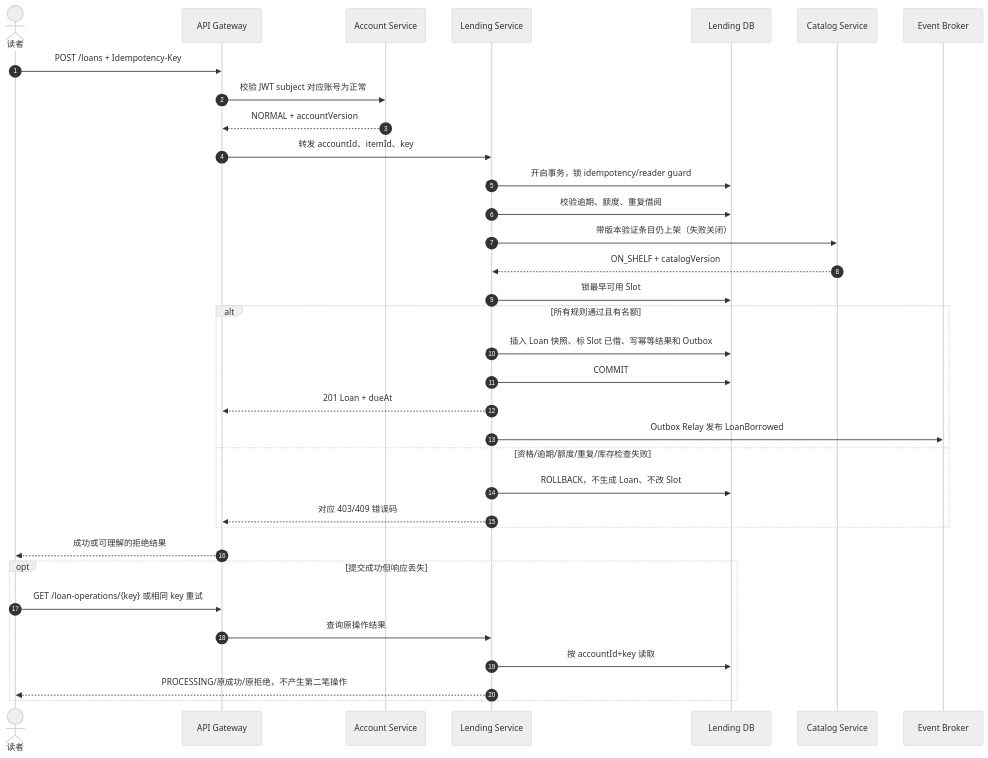
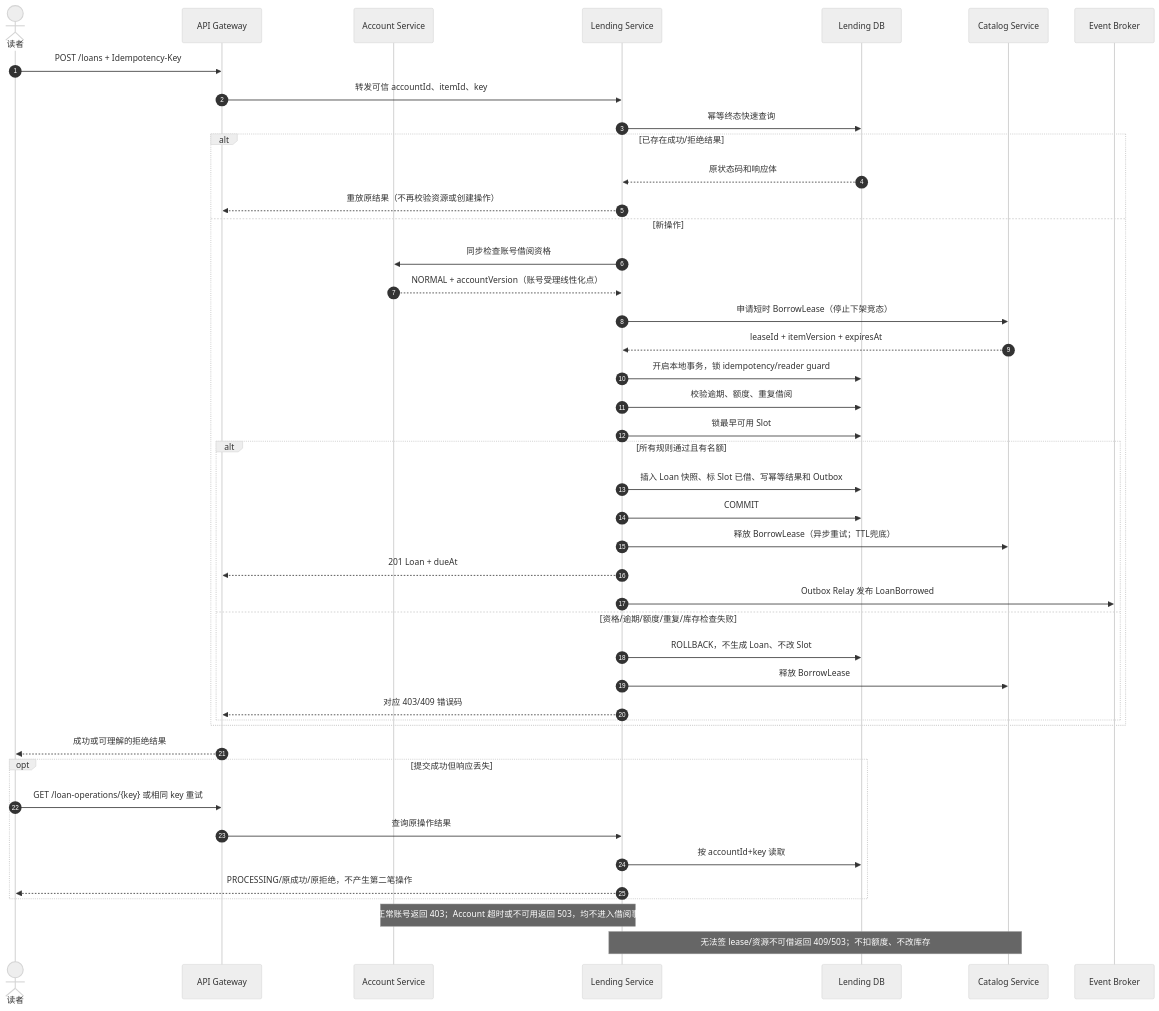
One commit to Freejourney/library-service changed the fifth of 11 diagrams in backend-technical-spec.md. Above: the diagram before and after it, drawn with Mermaid (neutral theme). The commit also changed other lines of this file, not shown here.

````diff
--- a/backend-technical-spec.md
+++ b/backend-technical-spec.md
@@ -180,36 +240,46 @@
 ```mermaid
 sequenceDiagram
   autonumber
   actor R as 读者
   participant GW as API Gateway
   participant A as Account Service
   participant L as Lending Service
   participant DB as Lending DB
   participant C as Catalog Service
   participant K as Event Broker
   R->>GW: POST /loans + Idempotency-Key
-  GW->>A: 校验 JWT subject 对应账号为正常
-  A-->>GW: NORMAL + accountVersion
-  GW->>L: 转发 accountId、itemId、key
-  L->>DB: 开启事务，锁 idempotency/reader guard
+  GW->>L: 转发可信 accountId、itemId、key
+  L->>DB: 幂等终态快速查询
+  alt 已存在成功/拒绝结果
+    DB-->>L: 原状态码和响应体
+    L-->>GW: 重放原结果（不再校验资源或创建操作）
+  else 新操作
+  L->>A: 同步检查账号借阅资格
+  A-->>L: NORMAL + accountVersion（账号受理线性化点）
+  L->>C: 申请短时 BorrowLease（停止下架竞态）
+  C-->>L: leaseId + itemVersion + expiresAt
+  L->>DB: 开启本地事务，锁 idempotency/reader guard
   L->>DB: 校验逾期、额度、重复借阅
-  L->>C: 带版本验证条目仍上架（失败关闭）
-  C-->>L: ON_SHELF + catalogVersion
   L->>DB: 锁最早可用 Slot
   alt 所有规则通过且有名额
     L->>DB: 插入 Loan 快照、标 Slot 已借、写幂等结果和 Outbox
     L->>DB: COMMIT
+    L->>C: 释放 BorrowLease（异步重试；TTL兜底）
     L-->>GW: 201 Loan + dueAt
     L->>K: Outbox Relay 发布 LoanBorrowed
   else 资格/逾期/额度/重复/库存检查失败
     L->>DB: ROLLBACK，不生成 Loan、不改 Slot
+    L->>C: 释放 BorrowLease
     L-->>GW: 对应 403/409 错误码
+  end
   end
   GW-->>R: 成功或可理解的拒绝结果
   opt 提交成功但响应丢失
     R->>GW: GET /loan-operations/{key} 或相同 key 重试
     GW->>L: 查询原操作结果
     L->>DB: 按 accountId+key 读取
     L-->>R: PROCESSING/原成功/原拒绝，不产生第二笔操作
   end
+  Note over L,A: 非正常账号返回 403；Account 超时或不可用返回 503，均不进入借阅事务
+  Note over L,C: 无法签 lease/资源不可借返回 409/503；不扣额度、不改库存
 ```
````
